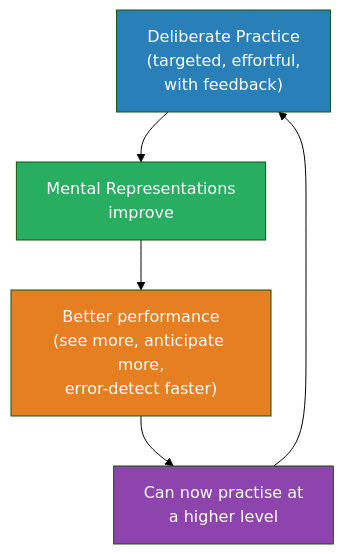
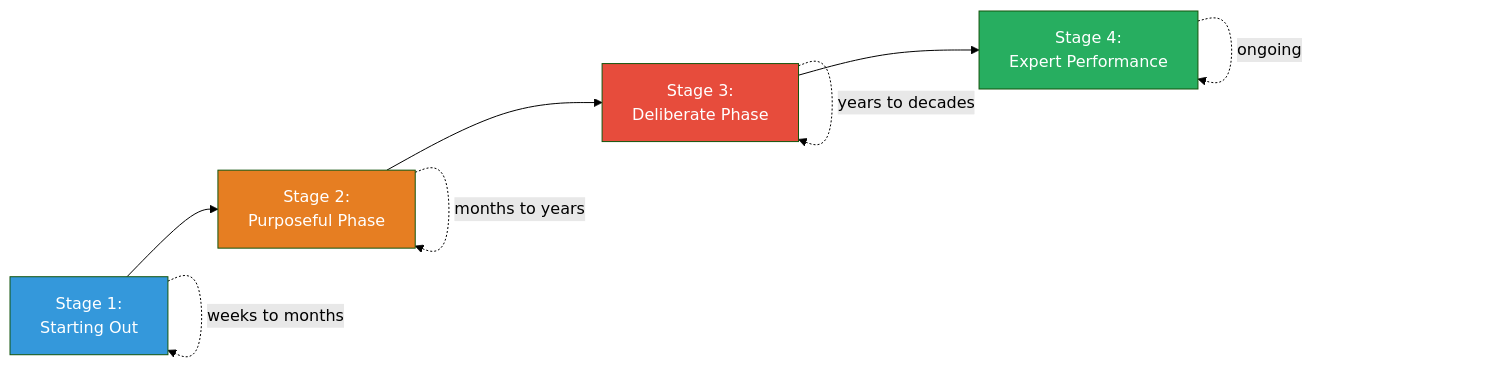
The fourth of 6 diagrams in summaries/Mindset & Self-Mastery/Peak - Anders Ericsson.md (alius33/reader), drawn with Mermaid (forest theme) before and after one commit. The commit also changed other lines of this file and 272 other files, not shown here.

````diff
--- a/summaries/Mindset & Self-Mastery/Peak - Anders Ericsson.md
+++ b/summaries/Mindset & Self-Mastery/Peak - Anders Ericsson.md
@@ -631,11 +639,14 @@
 ```mermaid
-flowchart TD
-    A["Deliberate Practice\n(targeted, effortful,\nwith feedback)"] --> B["Mental Representations\nimprove"]
-    B --> C["Better performance\n(see more, anticipate more,\nerror-detect faster)"]
-    C --> D["Can now practise at\na higher level"]
-    D --> A
-    style A fill:#2980b9,color:#fff
-    style B fill:#27ae60,color:#fff
-    style C fill:#e67e22,color:#fff
-    style D fill:#8e44ad,color:#fff
+flowchart LR
+    S1["Stage 1:<br>Starting Out"] --> S2["Stage 2:<br>Purposeful Phase"]
+    S2 --> S3["Stage 3:<br>Deliberate Phase"]
+    S3 --> S4["Stage 4:<br>Expert Performance"]
+    S1 -.-> |"weeks to months"| S1
+    S2 -.-> |"months to years"| S2
+    S3 -.-> |"years to decades"| S3
+    S4 -.-> |"ongoing"| S4
+    style S1 fill:#3498db,color:#fff
+    style S2 fill:#e67e22,color:#fff
+    style S3 fill:#e74c3c,color:#fff
+    style S4 fill:#27ae60,color:#fff
 ```
````
